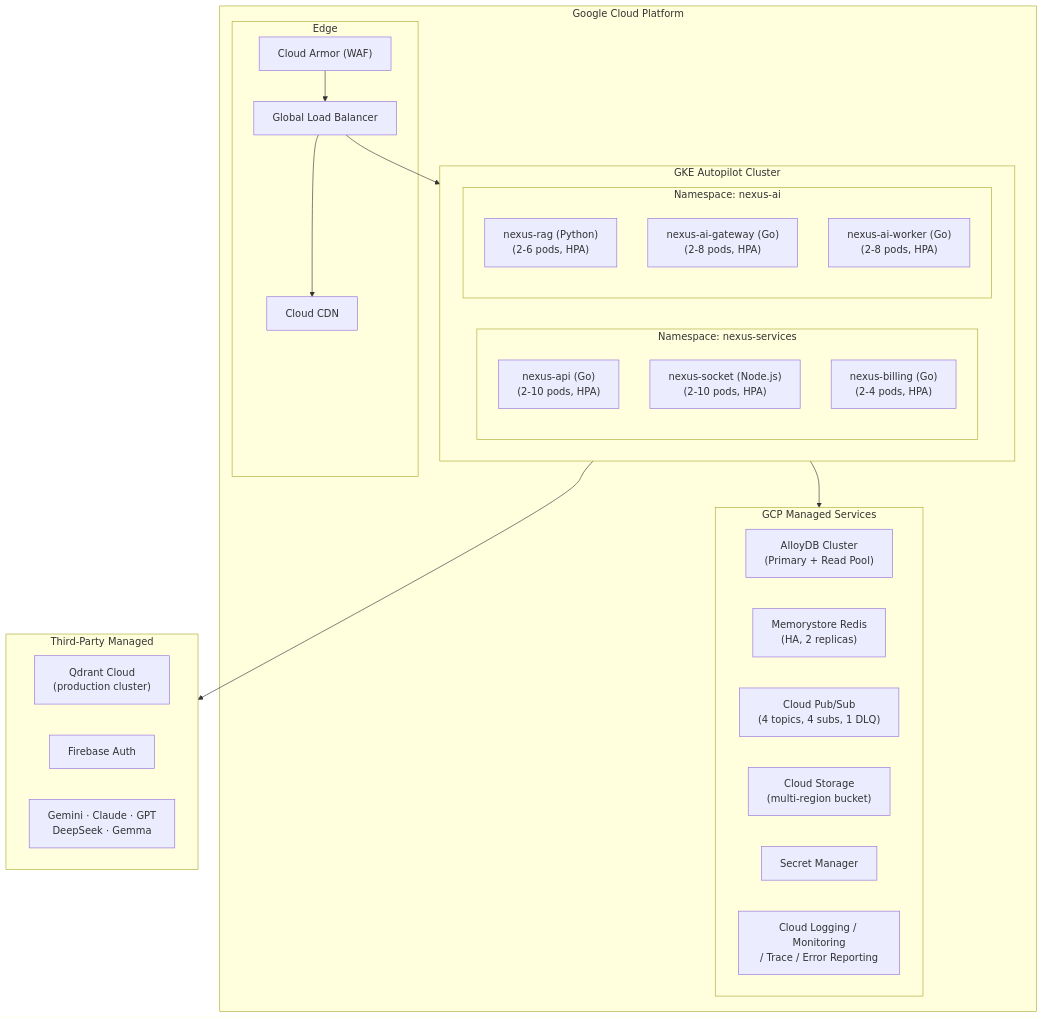
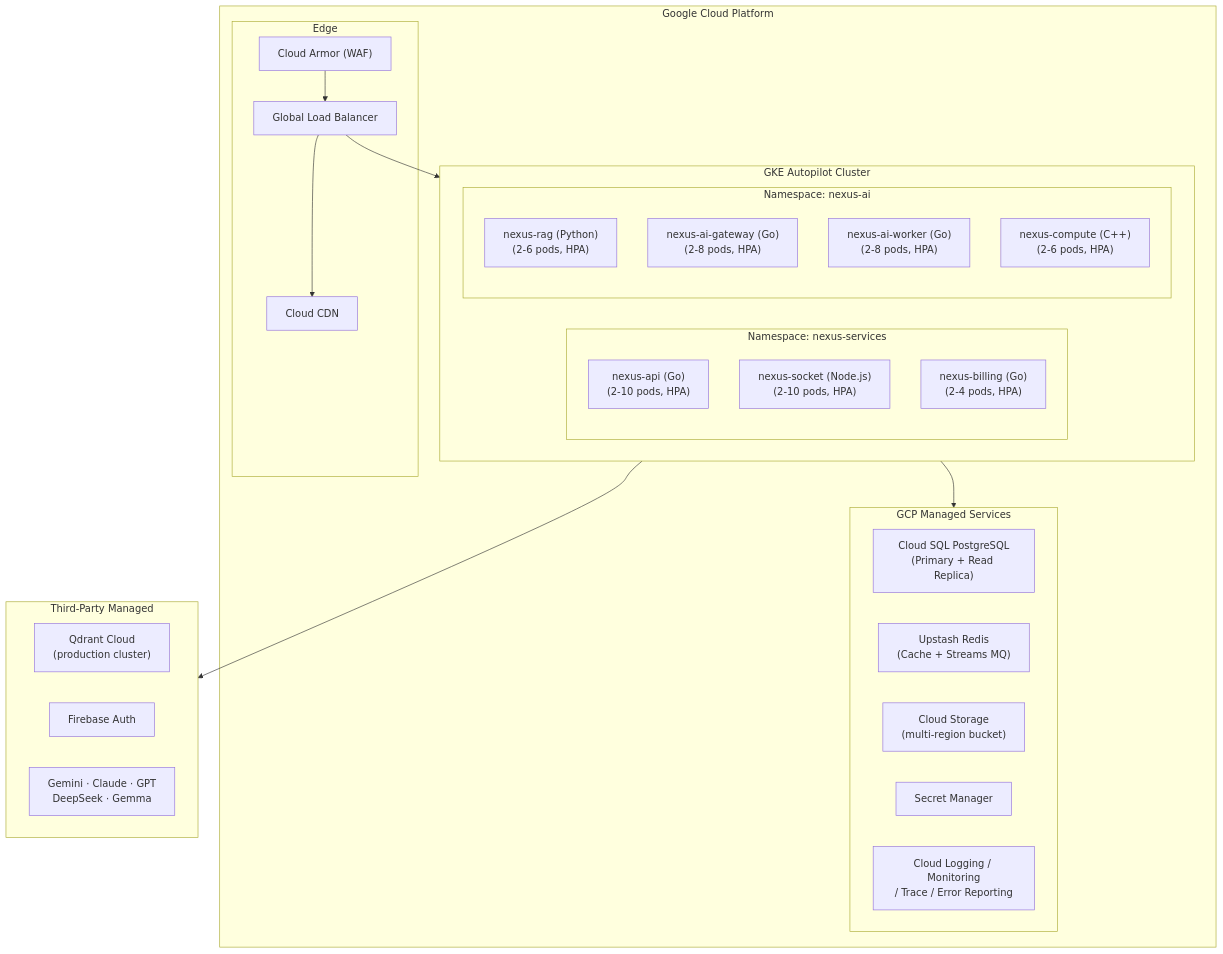
Diagram 21 of 24 in ARCHITECTURE.md (Nexus-chat-5039/Nexus-chat), drawn with Mermaid before and after one commit. The commit also changed other lines of this file and 38 other files, not shown here.

Commit message:
feat: implement minimal architecture with custom JWT auth

````diff
--- a/ARCHITECTURE.md
+++ b/ARCHITECTURE.md
@@ -1500,44 +1612,44 @@
 ```mermaid
 graph TB
     subgraph GCP["Google Cloud Platform"]
         subgraph Edge["Edge"]
             ARMOR["Cloud Armor (WAF)"]
             GLB["Global Load Balancer"]
             CDN["Cloud CDN"]
         end
 
         subgraph GKE["GKE Autopilot Cluster"]
             subgraph NSapi["Namespace: nexus-services"]
                 D_API["nexus-api (Go)\n(2-10 pods, HPA)"]
                 D_SIO["nexus-socket (Node.js)\n(2-10 pods, HPA)"]
                 D_BILL["nexus-billing (Go)\n(2-4 pods, HPA)"]
             end
             subgraph NSai["Namespace: nexus-ai"]
                 D_RAG["nexus-rag (Python)\n(2-6 pods, HPA)"]
                 D_AIGW["nexus-ai-gateway (Go)\n(2-8 pods, HPA)"]
                 D_WRK["nexus-ai-worker (Go)\n(2-8 pods, HPA)"]
+                D_COMP["nexus-compute (C++)\n(2-6 pods, HPA)"]
             end
         end
 
         subgraph Managed["GCP Managed Services"]
-            PDB["AlloyDB Cluster\n(Primary + Read Pool)"]
-            MEM["Memorystore Redis\n(HA, 2 replicas)"]
-            PS["Cloud Pub/Sub\n(4 topics, 4 subs, 1 DLQ)"]
+            PDB["Cloud SQL PostgreSQL\n(Primary + Read Replica)"]
+            PS["Upstash Redis\n(Cache + Streams MQ)"]
             GCS["Cloud Storage\n(multi-region bucket)"]
             SM["Secret Manager"]
             LOGS["Cloud Logging / Monitoring\n/ Trace / Error Reporting"]
         end
     end
 
     subgraph ThirdParty["Third-Party Managed"]
         QDR["Qdrant Cloud\n(production cluster)"]
         FBA["Firebase Auth"]
         LLMs["Gemini · Claude · GPT\nDeepSeek · Gemma"]
     end
 
     ARMOR --> GLB
     GLB --> CDN
     GLB --> GKE
     GKE --> Managed
     GKE --> ThirdParty
 ```
````
